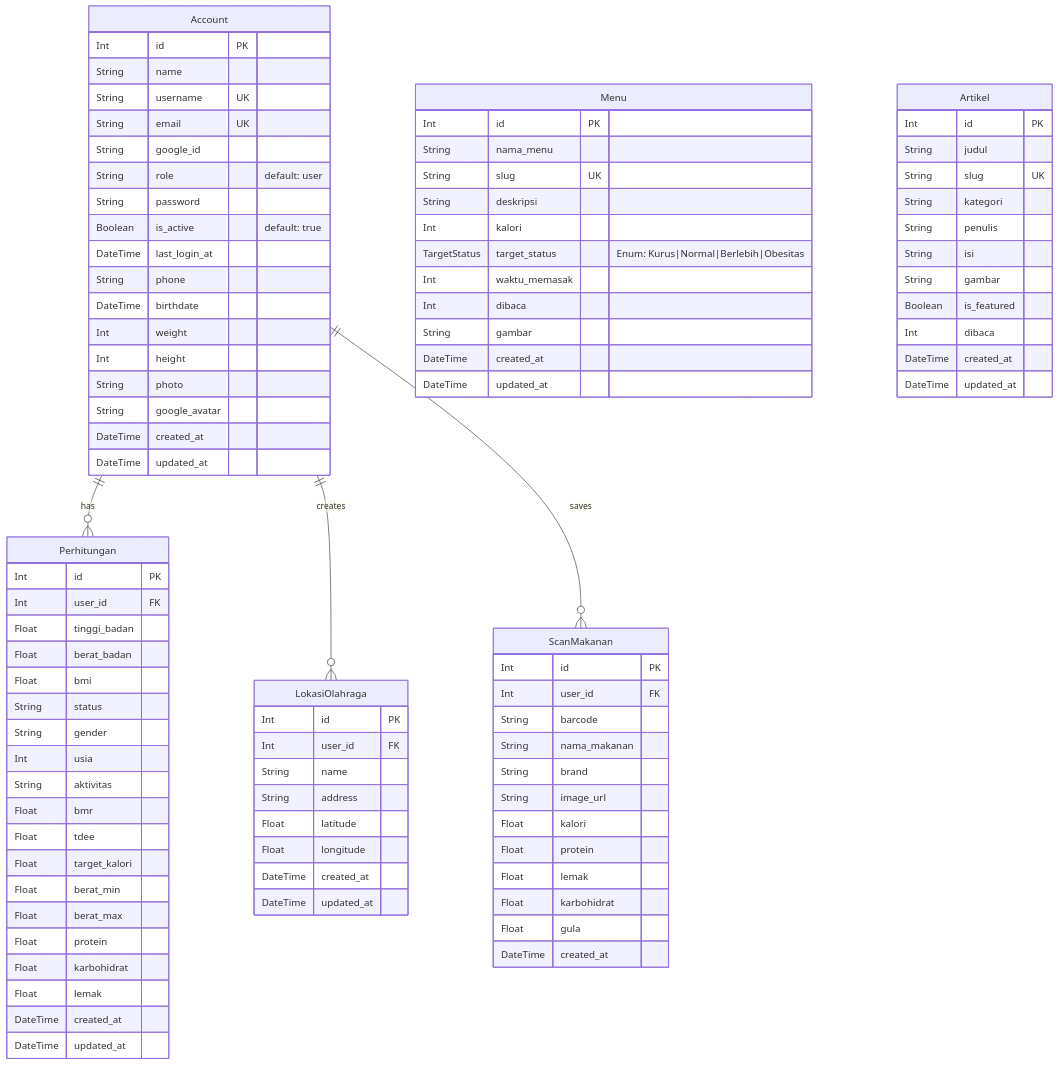
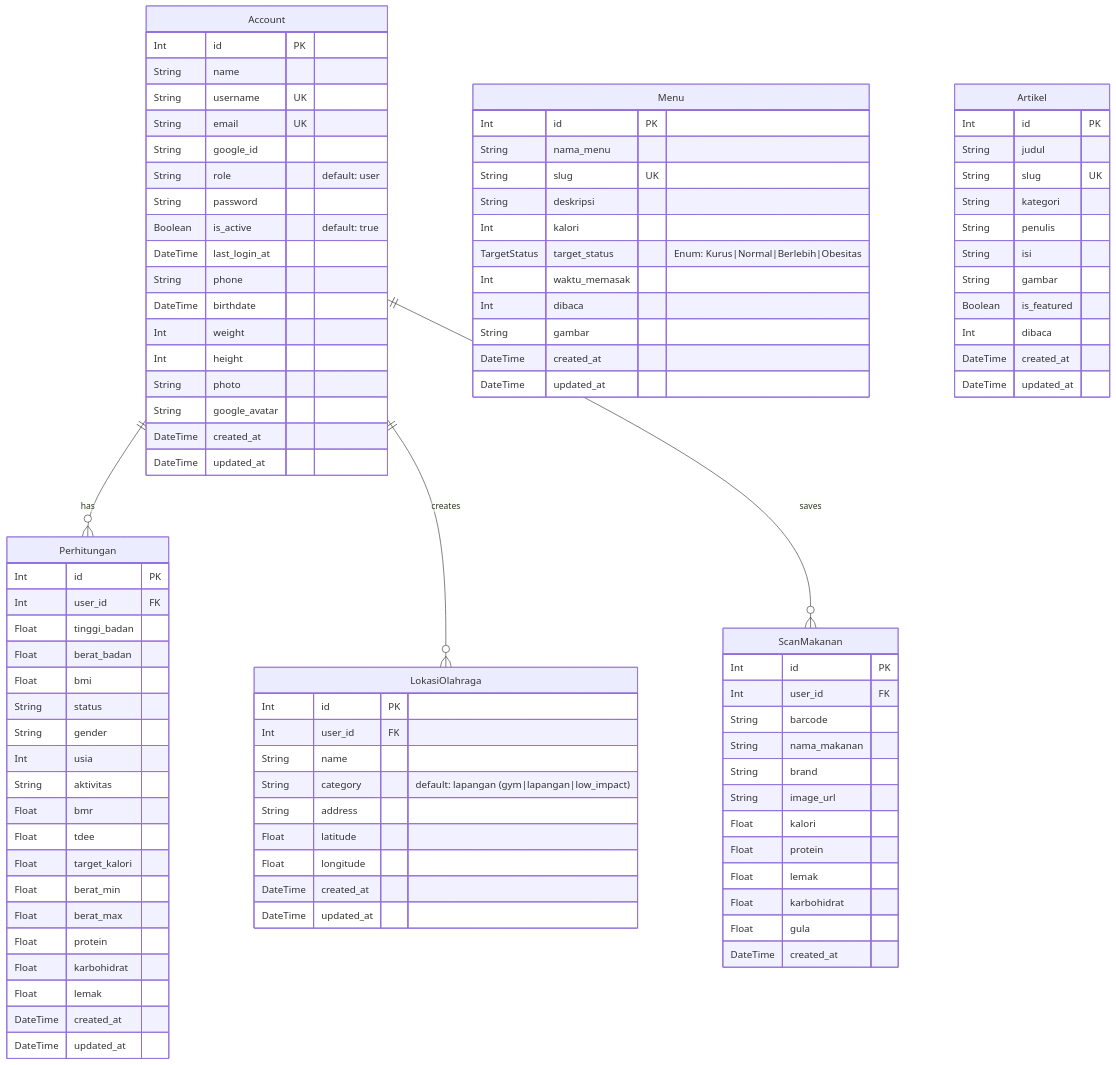
One commit to madsobirin/proyek_3 changed the fifth of 5 diagrams in docs/PRD.md. Above: the diagram before and after it, drawn with Mermaid. The commit also changed other lines of this file, not shown here.

```diff
--- a/docs/PRD.md
+++ b/docs/PRD.md
@@ -301,6 +362,7 @@
         Int id PK
         Int user_id FK
         String name
+        String category "default: lapangan (gym|lapangan|low_impact)"
         String address
         Float latitude
         Float longitude
```
